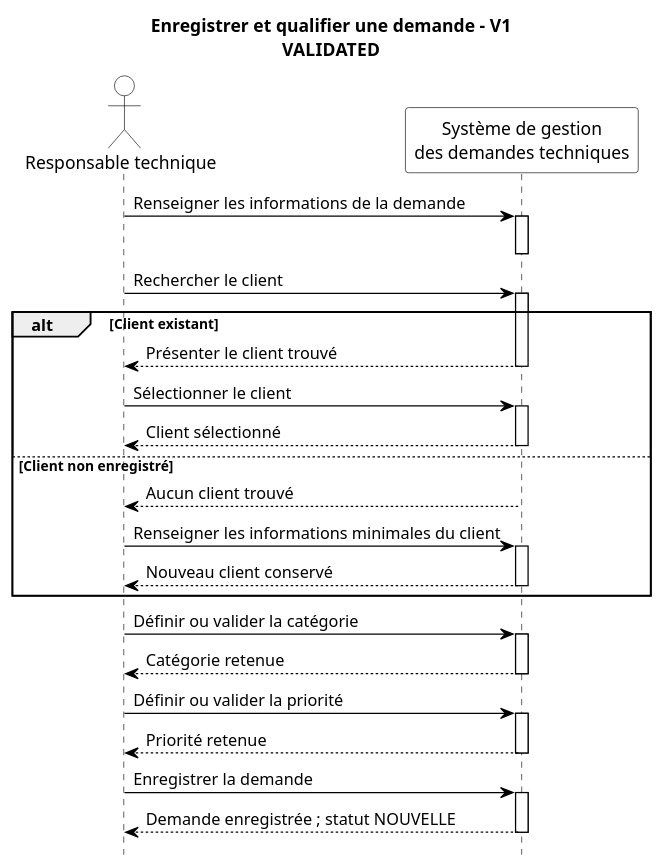
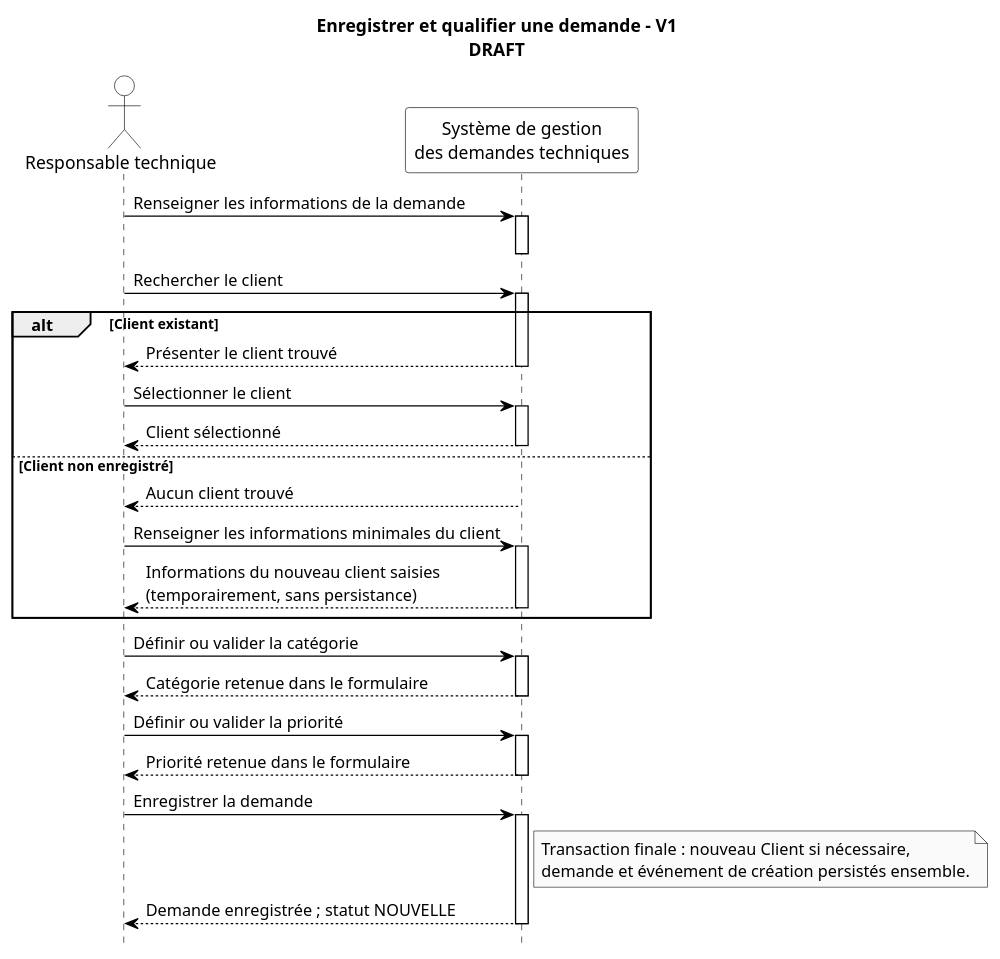
Before and after one commit to akrouty/gestion-demandes-techniques: the diagram in docs/uml/sequence/register-qualify-request-v1.puml, drawn with PlantUML. The commit also changed 9 other files, not shown here.

Commit message:
modification uml

```diff
--- a/docs/uml/sequence/register-qualify-request-v1.puml
+++ b/docs/uml/sequence/register-qualify-request-v1.puml
@@ -1,66 +1,74 @@
 @startuml
 
-' Statut : VALIDATED
-title Enregistrer et qualifier une demande - V1\nVALIDATED
+' Statut : DRAFT
+title Enregistrer et qualifier une demande - V1\nDRAFT
 
 hide footbox
+' PlantUML affiche nativement les gardes des fragments entre crochets.
 skinparam monochrome true
 skinparam shadowing false
 skinparam backgroundColor white
 skinparam sequence {
   ArrowColor black
   ActorBorderColor black
   ActorBackgroundColor white
   ActorFontColor black
   ParticipantBorderColor black
   ParticipantBackgroundColor white
   ParticipantFontColor black
   LifeLineBorderColor black
   LifeLineBackgroundColor white
   GroupBorderColor black
   GroupHeaderFontColor black
   GroupBodyBackgroundColor white
 }
 
 actor "Responsable technique" as RT
 participant "Système de gestion\ndes demandes techniques" as SYSTEM
 
 RT -> SYSTEM : Renseigner les informations de la demande
 activate SYSTEM
 deactivate SYSTEM
 
 RT -> SYSTEM : Rechercher le client
 activate SYSTEM
 
+' Garde UML : [Client existant]
+
 alt Client existant
   SYSTEM --> RT : Présenter le client trouvé
   deactivate SYSTEM
   RT -> SYSTEM : Sélectionner le client
   activate SYSTEM
   SYSTEM --> RT : Client sélectionné
   deactivate SYSTEM
+' Garde UML : [Client non enregistré]
 else Client non enregistré
   SYSTEM --> RT : Aucun client trouvé
   deactivate SYSTEM
   RT -> SYSTEM : Renseigner les informations minimales du client
   activate SYSTEM
-  SYSTEM --> RT : Nouveau client conservé
+  SYSTEM --> RT : Informations du nouveau client saisies\n(temporairement, sans persistance)
   deactivate SYSTEM
 end
 
 RT -> SYSTEM : Définir ou valider la catégorie
 activate SYSTEM
-SYSTEM --> RT : Catégorie retenue
+SYSTEM --> RT : Catégorie retenue dans le formulaire
 deactivate SYSTEM
 
 RT -> SYSTEM : Définir ou valider la priorité
 activate SYSTEM
-SYSTEM --> RT : Priorité retenue
+SYSTEM --> RT : Priorité retenue dans le formulaire
 deactivate SYSTEM
 
 RT -> SYSTEM : Enregistrer la demande
 activate SYSTEM
+note right of SYSTEM
+  Transaction finale : nouveau Client si nécessaire,
+  demande et événement de création persistés ensemble.
+end note
 SYSTEM --> RT : Demande enregistrée ; statut NOUVELLE
 deactivate SYSTEM
 
 @enduml
```
